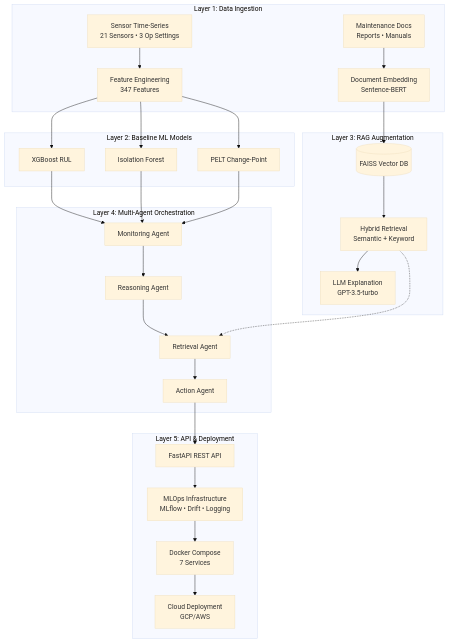
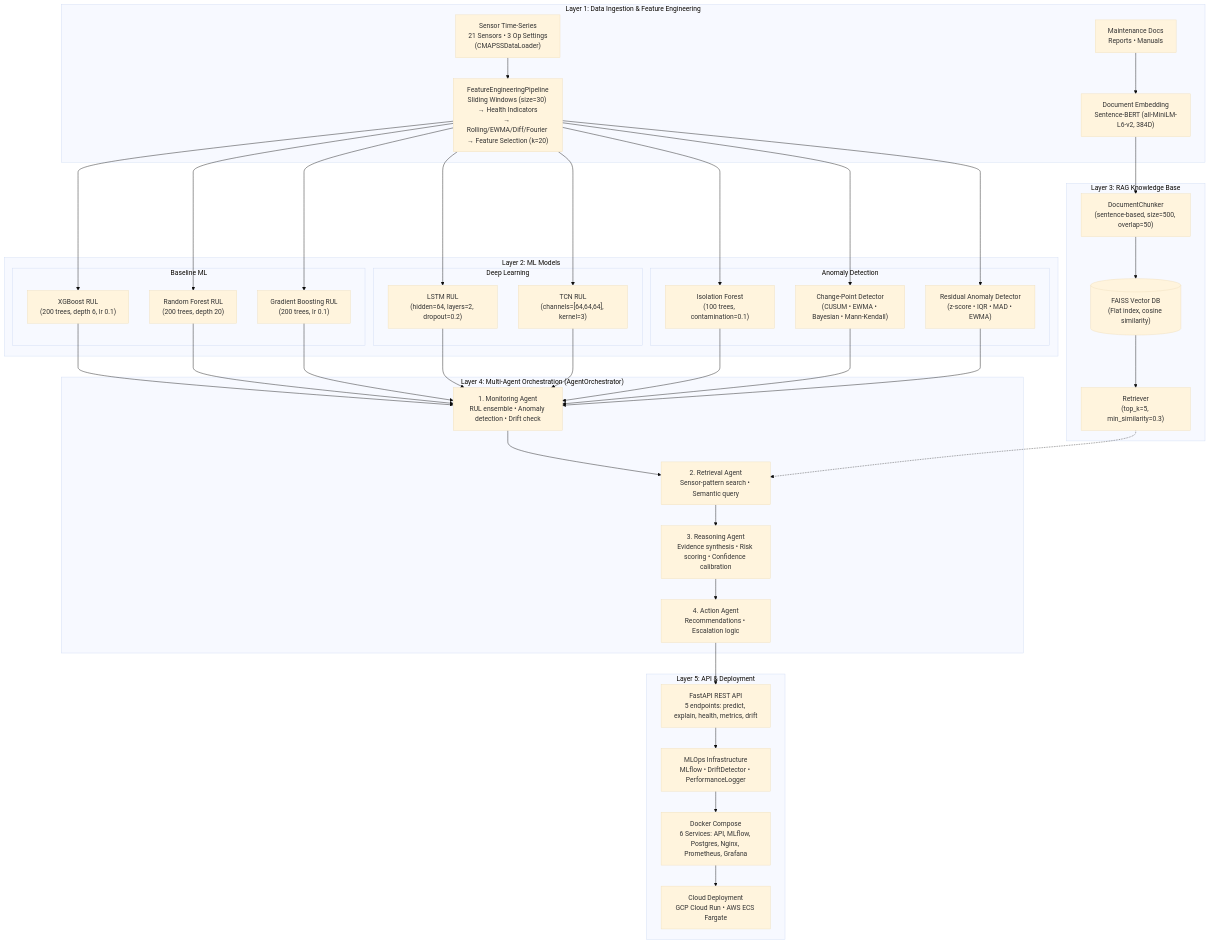
The first of 6 diagrams in docs/FINAL_REPORT.md (singh7985/Agentic-Early-Warning-Intelligence-System-for-Silent-System-Failures), drawn with Mermaid (base theme) before and after one commit. The commit also changed other lines of this file, not shown here.

Commit message:
fix(docs): update FINAL_REPORT.md diagrams to match actual codebase - rewrite all 4 Mermaid diagrams, add 2 new diagrams, fix all component specs and appendices

````diff
--- a/docs/FINAL_REPORT.md
+++ b/docs/FINAL_REPORT.md
@@ -95,54 +98,62 @@
 ```mermaid
 flowchart TD
-    subgraph L1 [Layer 1: Data Ingestion]
-        S[Sensor Time-Series<br/>21 Sensors • 3 Op Settings]
-        D[Maintenance Docs<br/>Reports • Manuals]
-        FE[Feature Engineering<br/>347 Features]
-        DE[Document Embedding<br/>Sentence-BERT]
+    subgraph L1 ["Layer 1: Data Ingestion & Feature Engineering"]
+        S["Sensor Time-Series<br/>21 Sensors • 3 Op Settings<br/>(CMAPSSDataLoader)"]
+        D["Maintenance Docs<br/>Reports • Manuals"]
+        FE["FeatureEngineeringPipeline<br/>Sliding Windows (size=30) → Health Indicators<br/>→ Rolling/EWMA/Diff/Fourier → Feature Selection (k=20)"]
+        DE["Document Embedding<br/>Sentence-BERT (all-MiniLM-L6-v2, 384D)"]
         S --> FE
         D --> DE
     end
 
-    subgraph L2 [Layer 2: Baseline ML Models]
-        XGB[XGBoost RUL]
-        IF[Isolation Forest]
-        PELT[PELT Change-Point]
-        FE --> XGB
-        FE --> IF
-        FE --> PELT
+    subgraph L2 ["Layer 2: ML Models"]
+        subgraph BASELINE ["Baseline ML"]
+            XGB["XGBoost RUL<br/>(200 trees, depth 6, lr 0.1)"]
+            RF["Random Forest RUL<br/>(200 trees, depth 20)"]
+            GBR["Gradient Boosting RUL<br/>(200 trees, lr 0.1)"]
+        end
+        subgraph DL ["Deep Learning"]
+            LSTM["LSTM RUL<br/>(hidden=64, layers=2, dropout=0.2)"]
+            TCN["TCN RUL<br/>(channels=[64,64,64], kernel=3)"]
+        end
+        subgraph ANOMALY ["Anomaly Detection"]
+            IFD["Isolation Forest<br/>(100 trees, contamination=0.1)"]
+            CPD["Change-Point Detector<br/>(CUSUM • EWMA • Bayesian • Mann-Kendall)"]
+            RAD["Residual Anomaly Detector<br/>(z-score • IQR • MAD • EWMA)"]
+        end
+        FE --> XGB & RF & GBR & LSTM & TCN & IFD & CPD & RAD
     end
 
-    subgraph L3 [Layer 3: RAG Augmentation]
-        VDB[(FAISS Vector DB)]
-        DE --> VDB
-        Hybrid[Hybrid Retrieval<br/>Semantic + Keyword]
-        LLM[LLM Explanation<br/>GPT-3.5-turbo]
-        VDB --> Hybrid
-        Hybrid --> LLM
+    subgraph L3 ["Layer 3: RAG Knowledge Base"]
+        Chunk["DocumentChunker<br/>(sentence-based, size=500, overlap=50)"]
+        VDB[("FAISS Vector DB<br/>(Flat index, cosine similarity)")]
+        Ret["Retriever<br/>(top_k=5, min_similarity=0.3)"]
+        DE --> Chunk --> VDB
+        VDB --> Ret
     end
 
-    subgraph L4 [Layer 4: Multi-Agent Orchestration]
-        MA[Monitoring Agent]
-        RA[Reasoning Agent]
-        RAG_A[Retrieval Agent]
-        AA[Action Agent]
-        
-        XGB & IF & PELT --> MA
-        MA --> RA
-        RA --> RAG_A
-        Hybrid -.-> RAG_A
-        RAG_A --> AA
+    subgraph L4 ["Layer 4: Multi-Agent Orchestration (AgentOrchestrator)"]
+        MA["1. Monitoring Agent<br/>RUL ensemble • Anomaly detection • Drift check"]
+        RTA["2. Retrieval Agent<br/>Sensor-pattern search • Semantic query"]
+        REA["3. Reasoning Agent<br/>Evidence synthesis • Risk scoring • Confidence calibration"]
+        AA["4. Action Agent<br/>Recommendations • Escalation logic"]
+
+        XGB & RF & GBR & LSTM & TCN & IFD & CPD & RAD --> MA
+        MA --> RTA
+        Ret -.-> RTA
+        RTA --> REA
+        REA --> AA
     end
 
-    subgraph L5 [Layer 5: API & Deployment]
-        API[FastAPI REST API]
-        MLOps[MLOps Infrastructure<br/>MLflow • Drift • Logging]
-        Docker[Docker Compose<br/>7 Services]
-        Cloud[Cloud Deployment<br/>GCP/AWS]
-        
+    subgraph L5 ["Layer 5: API & Deployment"]
+        API["FastAPI REST API<br/>5 endpoints: predict, explain, health, metrics, drift"]
+        MLOps["MLOps Infrastructure<br/>MLflow • DriftDetector • PerformanceLogger"]
+        Docker["Docker Compose<br/>6 Services: API, MLflow, Postgres, Nginx, Prometheus, Grafana"]
+        Cloud["Cloud Deployment<br/>GCP Cloud Run • AWS ECS Fargate"]
+
         AA --> API
         API --> MLOps
         MLOps --> Docker
         Docker --> Cloud
     end
 ```
````
